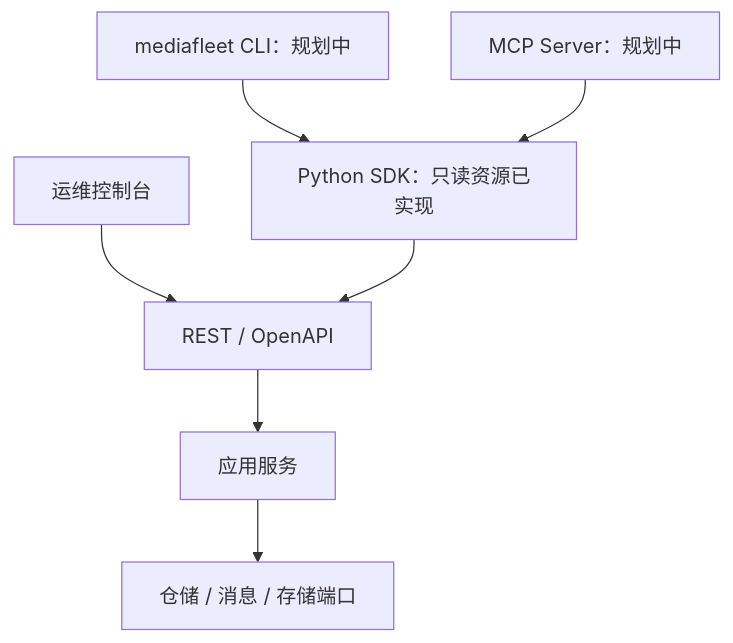
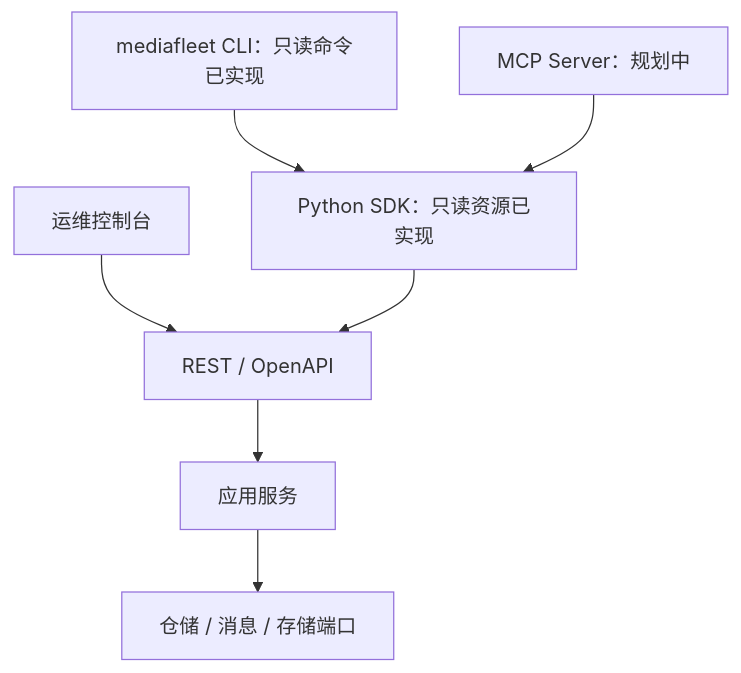
The diagram in docs/architecture/interfaces.md (huxiaodong1989/MediaFleet), drawn with Mermaid before and after one commit. The commit also changed other lines of this file and 28 other files, not shown here.

````diff
--- a/docs/architecture/interfaces.md
+++ b/docs/architecture/interfaces.md
@@ -7,17 +7,17 @@
 ```mermaid
 flowchart TB
     REST[REST / OpenAPI]
     Console[运维控制台]
     SDK[Python SDK：只读资源已实现]
-    CLI[mediafleet CLI：规划中]
+    CLI[mediafleet CLI：只读命令已实现]
     MCP[MCP Server：规划中]
     App[应用服务]
     Ports[仓储 / 消息 / 存储端口]
 
     REST --> App
     Console --> REST
     SDK --> REST
     CLI --> SDK
     MCP --> SDK
     App --> Ports
 ```
````
